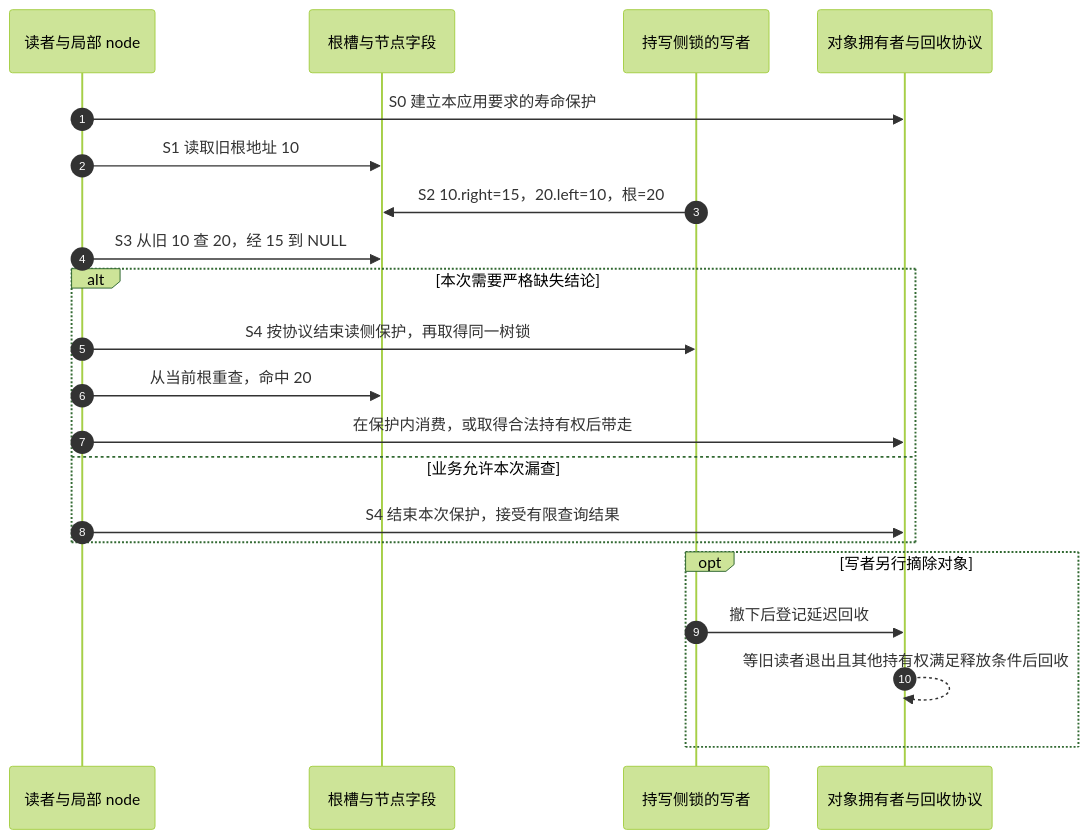
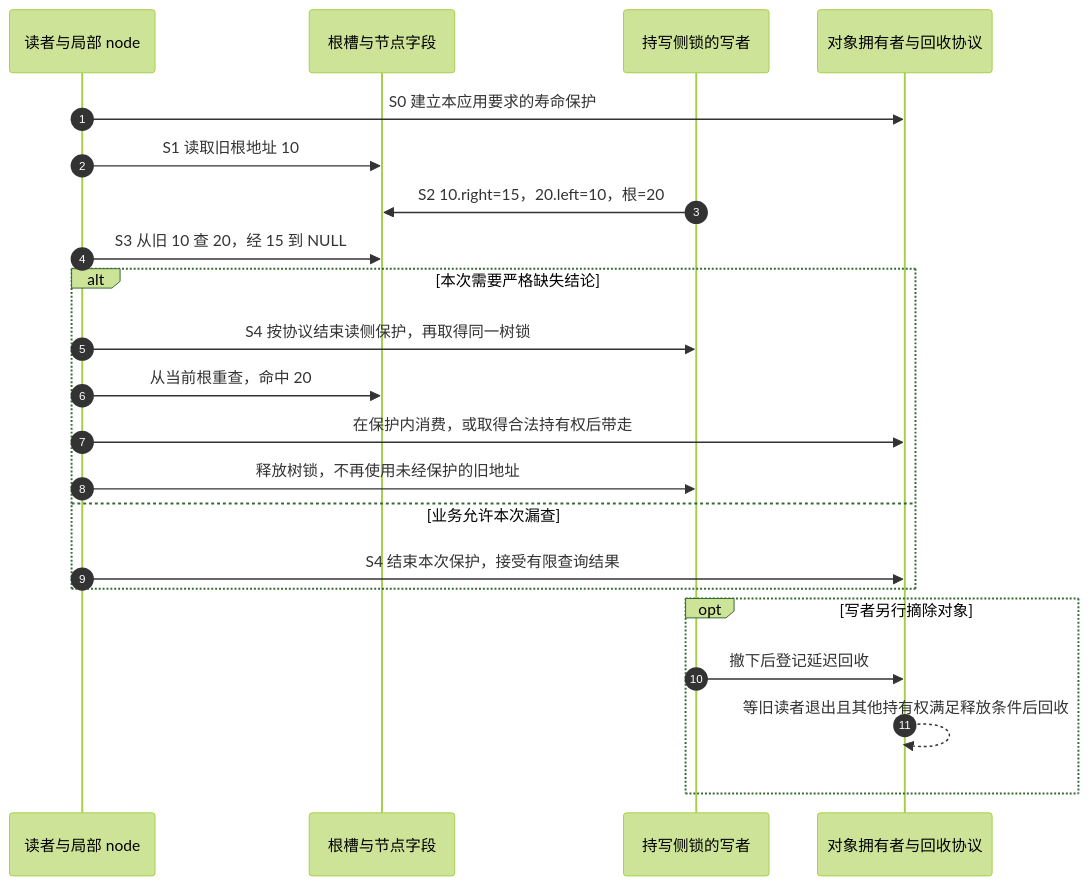
The third of 3 diagrams in knowledge/linux/data_structures/红黑树_rb-tree/P10_Linux_6.12_内核_rbtree_查找与返回边界.md (FormingSystem/linux_note), drawn with Mermaid (forest theme) before and after one commit. The commit also changed other lines of this file, not shown here.

````diff
--- a/knowledge/linux/data_structures/红黑树_rb-tree/P10_Linux_6.12_内核_rbtree_查找与返回边界.md
+++ b/knowledge/linux/data_structures/红黑树_rb-tree/P10_Linux_6.12_内核_rbtree_查找与返回边界.md
@@ -508,23 +547,24 @@
 ```mermaid
 sequenceDiagram
     autonumber
     participant R as 读者与局部 node
     participant T as 根槽与节点字段
     participant W as 持写侧锁的写者
     participant O as 对象拥有者与回收协议
     R->>O: S0 建立本应用要求的寿命保护
     R->>T: S1 读取旧根地址 10
     W->>T: S2 10.right=15，20.left=10，根=20
     R->>T: S3 从旧 10 查 20，经 15 到 NULL
     alt 本次需要严格缺失结论
         R->>W: S4 按协议结束读侧保护，再取得同一树锁
         R->>T: 从当前根重查，命中 20
         R->>O: 在保护内消费，或取得合法持有权后带走
+        R->>W: 释放树锁，不再使用未经保护的旧地址
     else 业务允许本次漏查
         R->>O: S4 结束本次保护，接受有限查询结果
     end
     opt 写者另行摘除对象
         W->>O: 撤下后登记延迟回收
         O-->>O: 等旧读者退出且其他持有权满足释放条件后回收
     end
 ```
````
